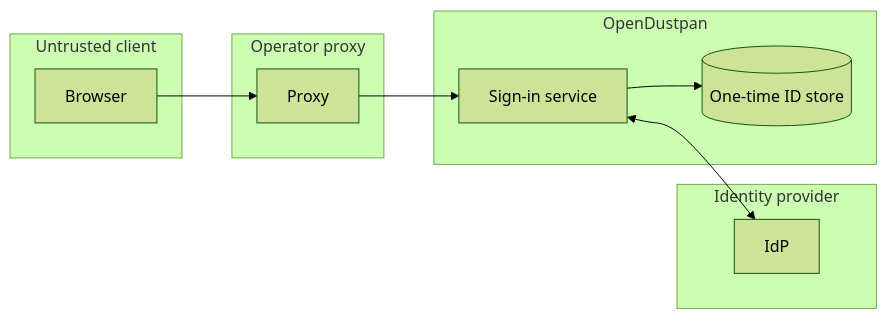
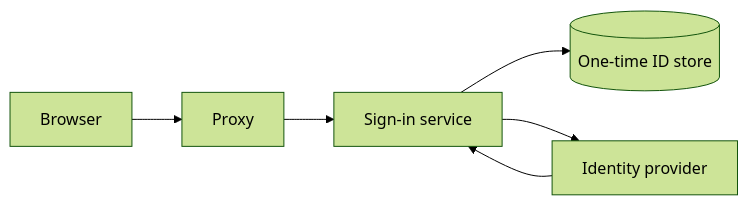
Before and after one commit to OpenDustpan/OpenDustpan: the third of 3 diagrams in openspec/changes/sign-in-methods/design.md, drawn with Mermaid (forest theme). The commit also changed other lines of this file and 69 other files, not shown here.

````diff
--- a/openspec/changes/sign-in-methods/design.md
+++ b/openspec/changes/sign-in-methods/design.md
@@ -74,19 +74,8 @@
 ```mermaid
 flowchart LR
- subgraph Browser[Untrusted client]
- B[Browser]
- end
- subgraph Proxy[Operator proxy]
- P[Proxy]
- end
- subgraph Server[OpenDustpan]
- S[Sign-in service]
- D[(One-time ID store)]
- end
- subgraph IdP[Identity provider]
- I[IdP]
- end
- B-->P-->S
- S-->D
- S<-->I
+ B[Browser] --> P[Proxy]
+ P --> S[Sign-in service]
+ S --> D[(One-time ID store)]
+ S --> I[Identity provider]
+ I --> S
 ```
````
